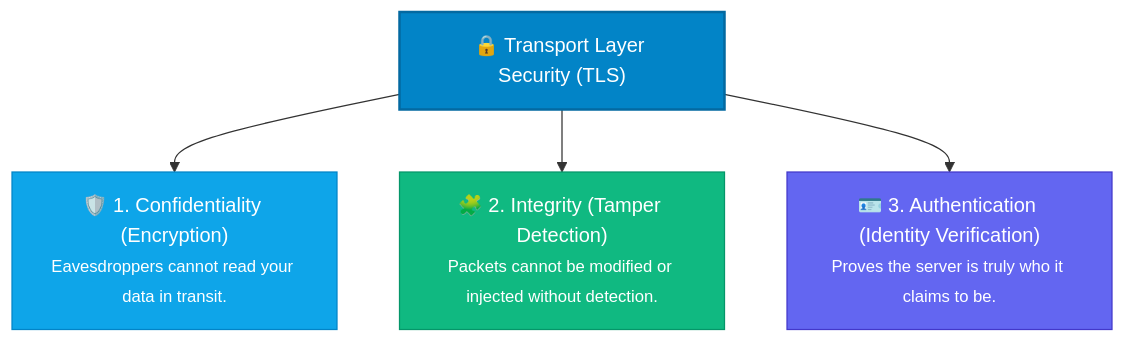
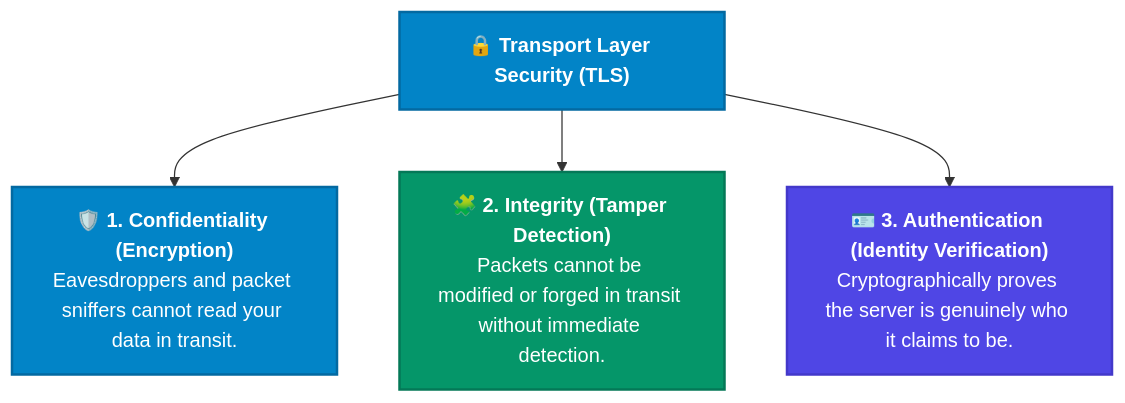
Before and after one commit to tharun15/gcloudcafe: the first of 5 diagrams in content/english/blog/tls-demystified-part1-cryptography-keys-csr-ca-explained.md, drawn with Mermaid. The commit also changed other lines of this file and 2 other files, not shown here.

Commit message:
style(ui): enlarge Mermaid diagram nodes and optimize vertical flow for readability

````diff
--- a/content/english/blog/tls-demystified-part1-cryptography-keys-csr-ca-explained.md
+++ b/content/english/blog/tls-demystified-part1-cryptography-keys-csr-ca-explained.md
@@ -35,16 +35,17 @@
 ```mermaid
-graph TD
-    TLS["🔒 Transport Layer Security (TLS)"]
-    Conf["🛡️ 1. Confidentiality (Encryption)<br/><small>Eavesdroppers cannot read your data in transit.</small>"]
-    Integ["🧩 2. Integrity (Tamper Detection)<br/><small>Packets cannot be modified or injected without detection.</small>"]
-    Auth["🪪 3. Authentication (Identity Verification)<br/><small>Proves the server is truly who it claims to be.</small>"]
+flowchart TD
+    TLS["🔒 <b>Transport Layer Security (TLS)</b>"]
+
+    Conf["🛡️ <b>1. Confidentiality (Encryption)</b><br/>Eavesdroppers and packet sniffers cannot read your data in transit."]
+    Integ["🧩 <b>2. Integrity (Tamper Detection)</b><br/>Packets cannot be modified or forged in transit without immediate detection."]
+    Auth["🪪 <b>3. Authentication (Identity Verification)</b><br/>Cryptographically proves the server is genuinely who it claims to be."]
 
     TLS --> Conf
     TLS --> Integ
     TLS --> Auth
 
     style TLS fill:#0284c7,stroke:#0369a1,color:#ffffff,stroke-width:2px;
-    style Conf fill:#0ea5e9,stroke:#0284c7,color:#ffffff;
-    style Integ fill:#10b981,stroke:#059669,color:#ffffff;
-    style Auth fill:#6366f1,stroke:#4338ca,color:#ffffff;
+    style Conf fill:#0284c7,stroke:#0369a1,color:#ffffff,stroke-width:2px;
+    style Integ fill:#059669,stroke:#047857,color:#ffffff,stroke-width:2px;
+    style Auth fill:#4f46e5,stroke:#4338ca,color:#ffffff,stroke-width:2px;
 ```
````
